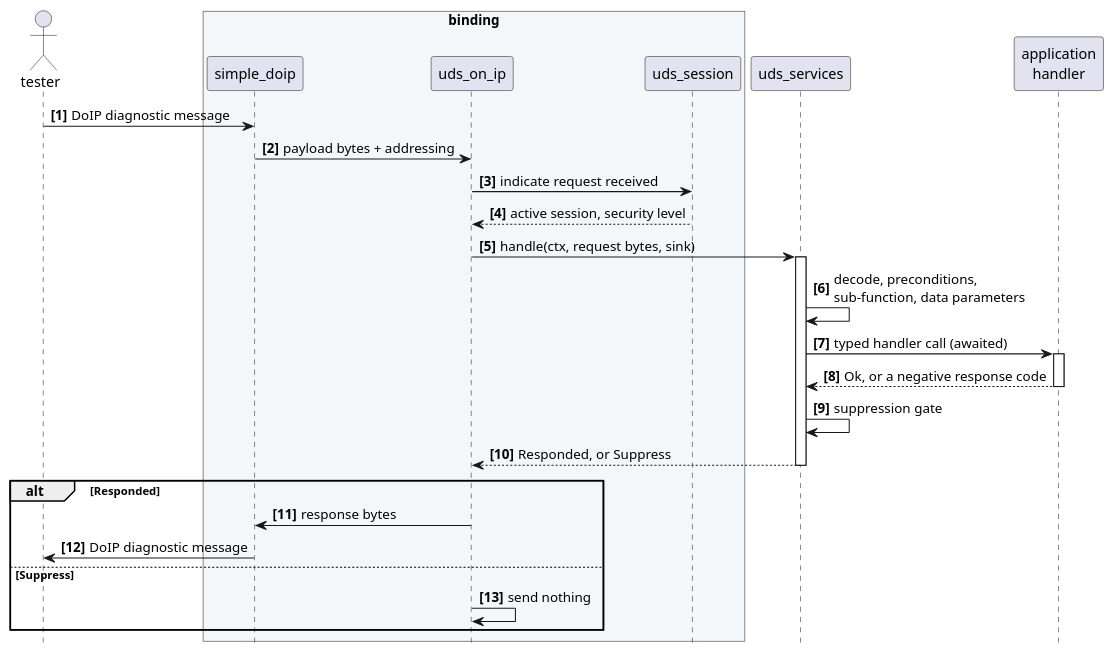
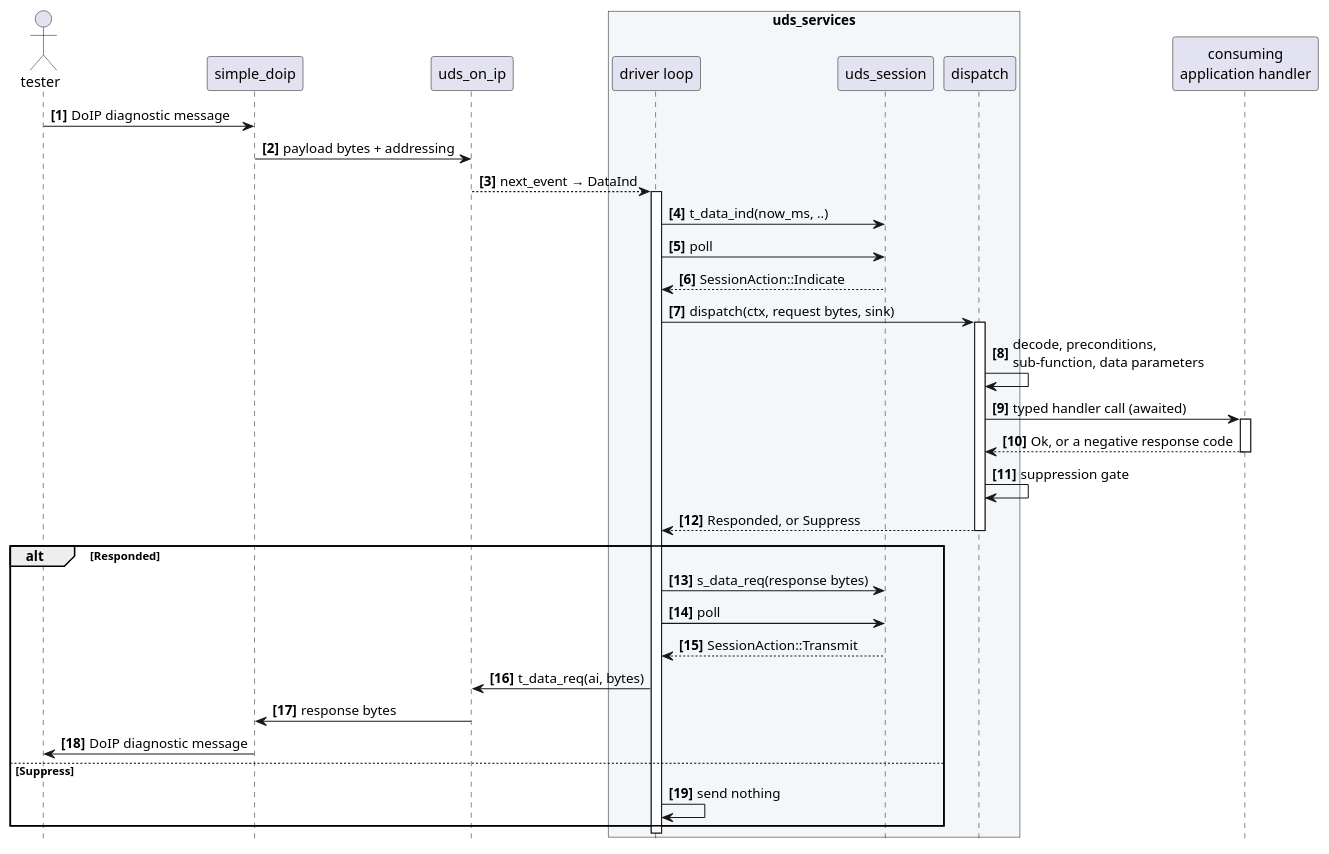
The second of 3 diagrams in crates/uds_services/docs/architecture/stack-position.rst (luminartech/uds_stack), drawn with PlantUML before and after one commit. The commit also changed other lines of this file and 2 other files, not shown here.

```diff
--- a/crates/uds_services/docs/architecture/stack-position.rst
+++ b/crates/uds_services/docs/architecture/stack-position.rst
@@ -350,41 +353,50 @@
 .. uml::
    :align: center
    :caption: One physically addressed request reaching a server, from the wire to a
              handler and back. The client-side path is in :doc:`client-surface`.
 
    @startuml
    autonumber "<b>[0]"
    hide footbox
 
    actor tester as T
-   box "binding" #F4F7FA
-     participant "simple_doip" as D
-     participant "uds_on_ip" as I
+   participant "simple_doip" as D
+   participant "uds_on_ip" as I
+   box "uds_services" #F4F7FA
+     participant "driver loop" as L
      participant "uds_session" as S
+     participant "dispatch" as V
    end box
-   participant "uds_services" as V
-   participant "application\nhandler" as H
+   participant "consuming\napplication handler" as H
 
    T -> D : DoIP diagnostic message
    D -> I : payload bytes + addressing
-   I -> S : indicate request received
-   S --> I : active session, security level
-   I -> V : handle(ctx, request bytes, sink)
+   I --> L : next_event → DataInd
+   activate L
+   L -> S : t_data_ind(now_ms, ..)
+   L -> S : poll
+   S --> L : SessionAction::Indicate
+   L -> V : dispatch(ctx, request bytes, sink)
    activate V
 
    V -> V : decode, preconditions,\nsub-function, data parameters
    V -> H : typed handler call (awaited)
    activate H
    H --> V : Ok, or a negative response code
    deactivate H
    V -> V : suppression gate
-   V --> I : Responded, or Suppress
+   V --> L : Responded, or Suppress
    deactivate V
 
    alt Responded
+     L -> S : s_data_req(response bytes)
+     L -> S : poll
+     S --> L : SessionAction::Transmit
+     L -> I : t_data_req(ai, bytes)
      I -> D : response bytes
      D -> T : DoIP diagnostic message
    else Suppress
-     I -> I : send nothing
+     L -> L : send nothing
    end
+   deactivate L
    @enduml
```
